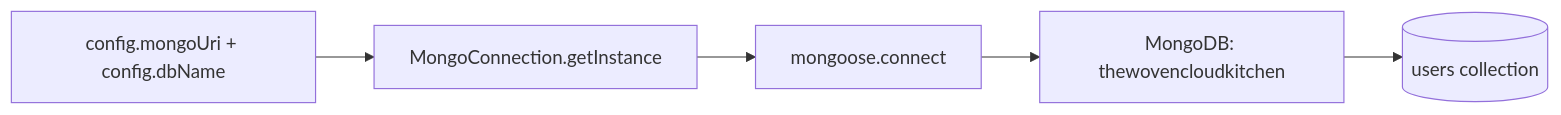
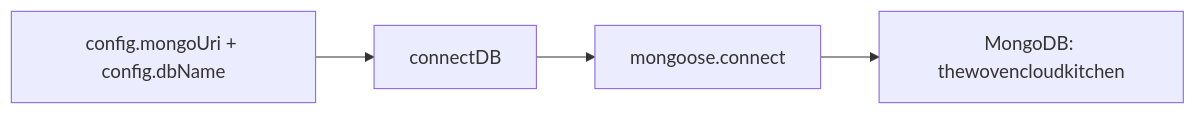
Before and after one commit to cloudtecki/the-woven-kitchen-api: the first of 2 diagrams in docs/database.md, drawn with Mermaid. The commit also changed other lines of this file and 214 other files, not shown here.

````diff
--- a/docs/database.md
+++ b/docs/database.md
@@ -20,7 +21,6 @@
 ```mermaid
 flowchart LR
-    A[config.mongoUri + config.dbName] --> B[MongoConnection.getInstance]
+    A[config.mongoUri + config.dbName] --> B[connectDB]
     B --> C[mongoose.connect]
     C --> D[MongoDB: thewovencloudkitchen]
-    D --> E[(users collection)]
 ```
````
